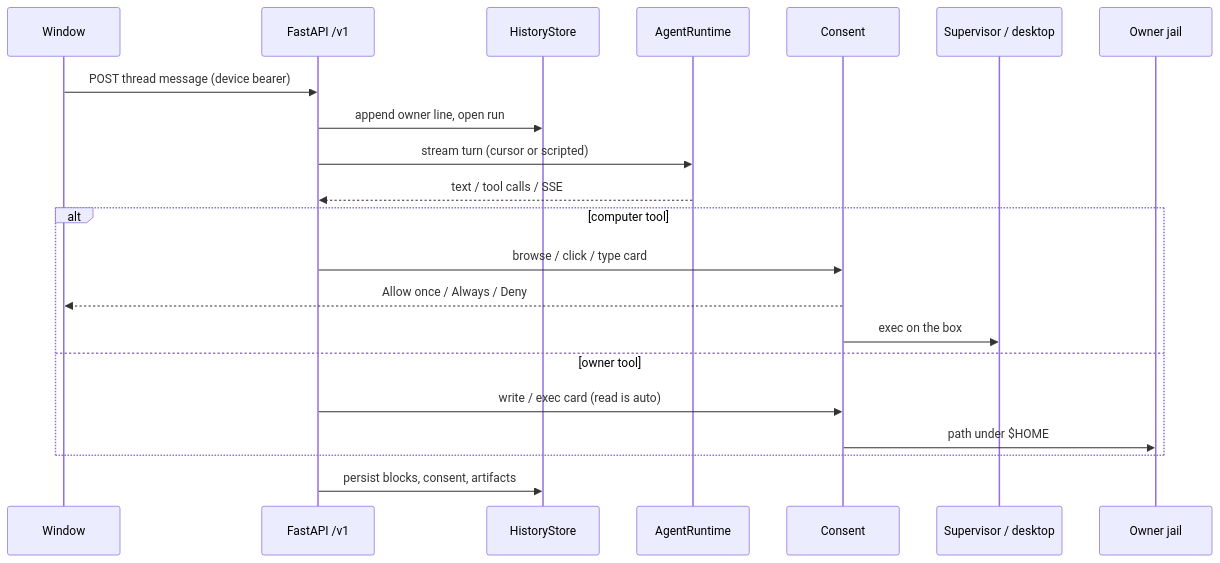
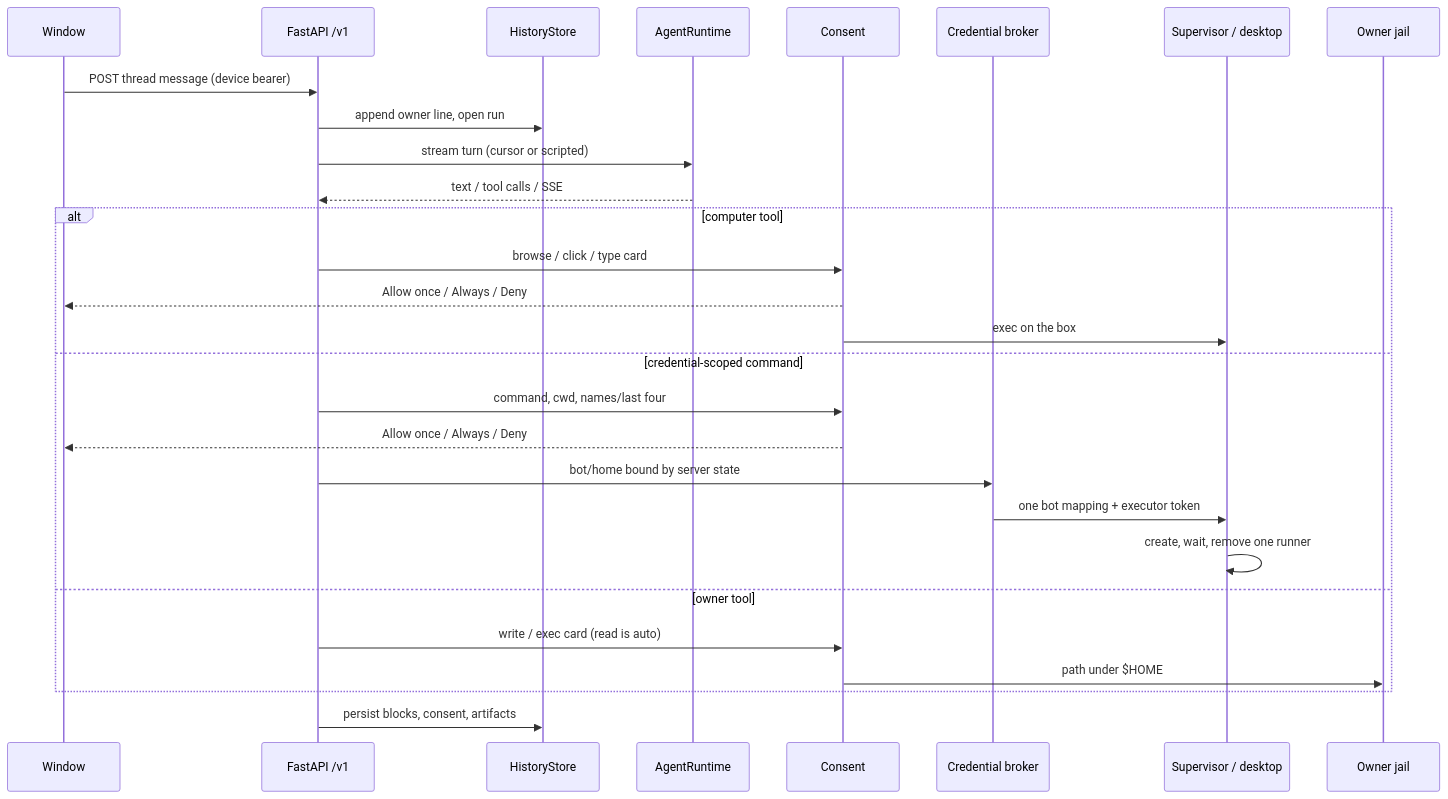
The second of 2 diagrams in ARCHITECTURE.md (itsuppartem/artek-buddy), drawn with Mermaid before and after one commit. The commit also changed other lines of this file and 54 other files, not shown here.

````diff
--- a/ARCHITECTURE.md
+++ b/ARCHITECTURE.md
@@ -70,23 +108,30 @@
 ```mermaid
 sequenceDiagram
   participant W as Window
   participant A as FastAPI /v1
   participant S as HistoryStore
   participant R as AgentRuntime
   participant C as Consent
+  participant B as Credential broker
   participant D as Supervisor / desktop
   participant O as Owner jail
   W->>A: POST thread message (device bearer)
   A->>S: append owner line, open run
   A->>R: stream turn (cursor or scripted)
   R-->>A: text / tool calls / SSE
   alt computer tool
     A->>C: browse / click / type card
     C-->>W: Allow once / Always / Deny
     C->>D: exec on the box
+  else credential-scoped command
+    A->>C: command, cwd, names/last four
+    C-->>W: Allow once / Always / Deny
+    A->>B: bot/home bound by server state
+    B->>D: one bot mapping + executor token
+    D->>D: create, wait, remove one runner
   else owner tool
     A->>C: write / exec card (read is auto)
     C->>O: path under $HOME
   end
   A->>S: persist blocks, consent, artifacts
 ```
````
